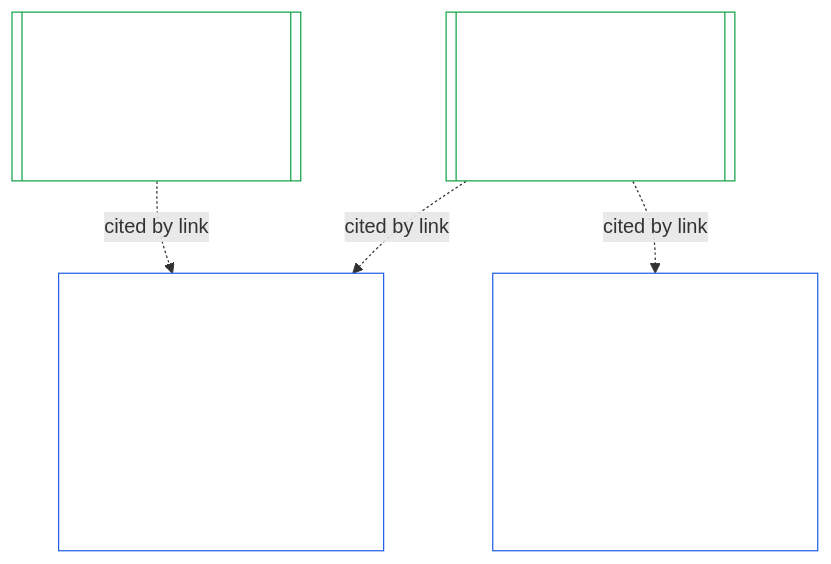
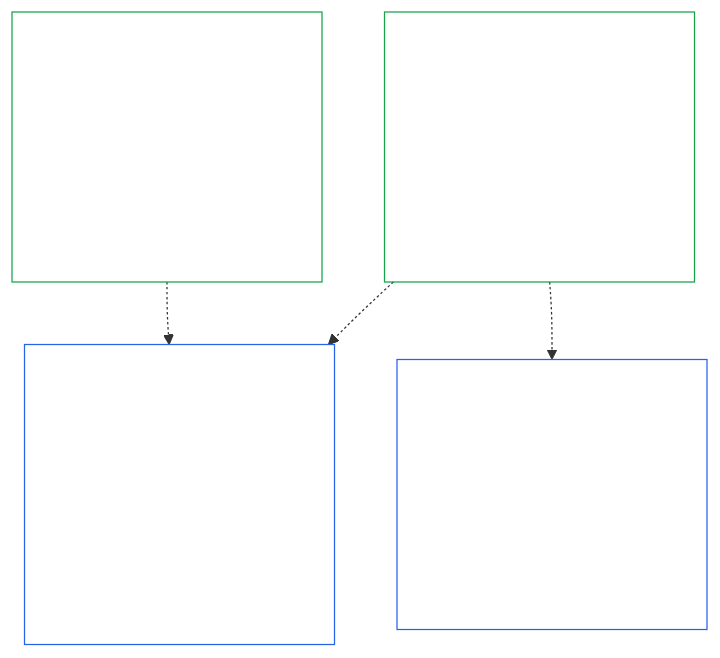
One commit to kfoelsch/Sentient_Constitution changed the diagram in core_12.000_institutional_alignment_certification_evaluation.md. Above: the diagram before and after it, drawn with Mermaid. The commit also changed other lines of this file and 7 other files, not shown here.

First line of the commit message:
docs: Chapter 12 owner line, Preamble ownership wording, §2 figure layout (507th move)

````diff
--- a/core_12.000_institutional_alignment_certification_evaluation.md
+++ b/core_12.000_institutional_alignment_certification_evaluation.md
@@ -115,14 +116,15 @@
 ```mermaid
+%%{init: {"flowchart": {"rankSpacing": 50, "nodeSpacing": 40, "padding": 12}}}%%
 flowchart TB
-    S1[["Chapter Nine — System Certification Record, System 1<br/><br/>Outside this chapter"]]
-    S2[["Chapter Nine — System Certification Record, System 2<br/><br/>Outside this chapter"]]
-    I1["Chapter Fourteen §2 Institutional Certification Record, Institution A<br/><br/>Cites Systems 1 and 2 by link and version;<br/>adds only what the Institution answers for"]
-    I2["Chapter Fourteen §2 Institutional Certification Record, Institution B<br/><br/>Cites System 2 by the same link;<br/>never copies or re-decides it"]
-    S1 -.->|cited by link| I1
-    S2 -.->|cited by link| I1
-    S2 -.->|cited by link| I2
+    S1["Chapter Nine (outside this chapter)<br/>System Certification Record<br/>System 1<br/><br/>Owned by the System; cited by<br/>link, never copied"]
+    S2["Chapter Nine (outside this chapter)<br/>System Certification Record<br/>System 2<br/><br/>Owned by the System; cited by<br/>link, never copied"]
+    I1["Chapter Fourteen §2<br/>&nbsp;&nbsp;Institutional Certification Record&nbsp;&nbsp;<br/>Institution A<br/><br/>Cites Systems 1 and 2 by link<br/>and version; adds only what<br/>the Institution answers for"]
+    I2["Chapter Fourteen §2<br/>&nbsp;&nbsp;Institutional Certification Record&nbsp;&nbsp;<br/>Institution B<br/><br/>Cites System 2 by the same<br/>link; never copies or<br/>re-decides it"]
+    S1 -.-> I1
+    S2 -.-> I1
+    S2 -.-> I2
     style S1 fill:none,stroke:#16a34a,color:#ffffff
     style S2 fill:none,stroke:#16a34a,color:#ffffff
     style I1 fill:none,stroke:#2563eb,color:#ffffff
     style I2 fill:none,stroke:#2563eb,color:#ffffff
 ```
````
